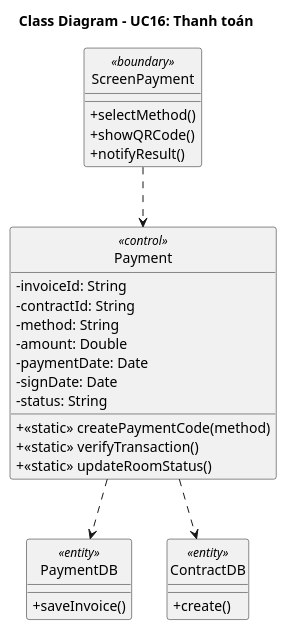
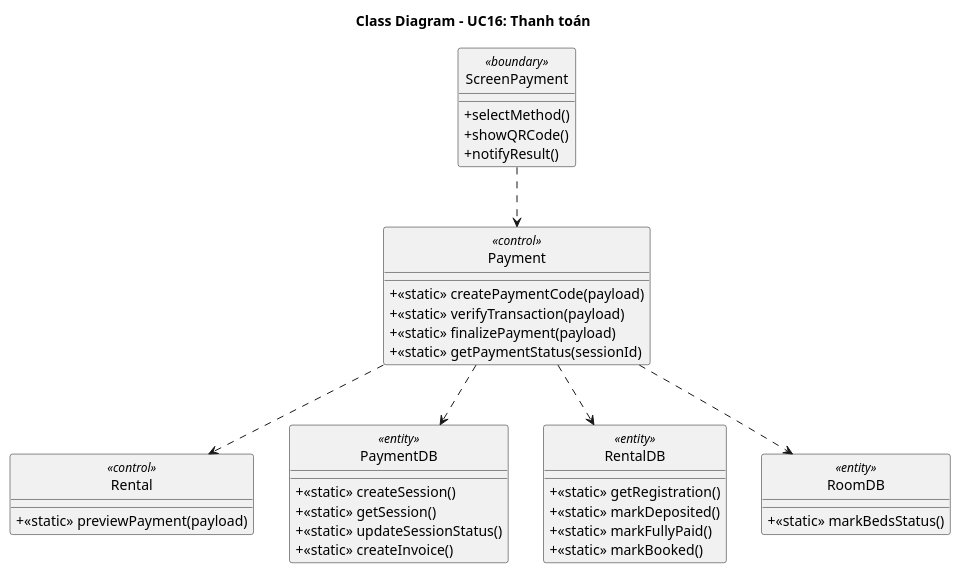
The diagram in doc/system/thanh_toan/ThanhToan_ClassDiagram.wsd (Gnourt812005/HCMUS-Analyze-and-desgin-IS), drawn with PlantUML before and after one commit. The commit also changed 15 other files, not shown here.

Commit message:
bao/code: re-implement rental registration system including database entities, business logic, and UI components

```diff
--- a/doc/system/thanh_toan/ThanhToan_ClassDiagram.wsd
+++ b/doc/system/thanh_toan/ThanhToan_ClassDiagram.wsd
@@ -1,36 +1,47 @@
 @startuml ThanhToan_ClassDiagram
 skinparam classAttributeIconSize 0
 skinparam style strictuml
 title Class Diagram - UC16: Thanh toán
 
 class "ScreenPayment" <<boundary>> {
     + selectMethod()
     + showQRCode()
     + notifyResult()
 }
 
 class "Payment" <<control>> {
-    - invoiceId: String
-    - contractId: String
-    - method: String
-    - amount: Double
-    - paymentDate: Date
-    - signDate: Date
-    - status: String
-    + <<static>> createPaymentCode(method)
-    + <<static>> verifyTransaction()
-    + <<static>> updateRoomStatus()
+    + <<static>> createPaymentCode(payload)
+    + <<static>> verifyTransaction(payload)
+    + <<static>> finalizePayment(payload)
+    + <<static>> getPaymentStatus(sessionId)
+}
+
+class "Rental" <<control>> {
+    + <<static>> previewPayment(payload)
 }
 
 class "PaymentDB" <<entity>> {
-    + saveInvoice()
+    + <<static>> createSession()
+    + <<static>> getSession()
+    + <<static>> updateSessionStatus()
+    + <<static>> createInvoice()
 }
-class "ContractDB" <<entity>> {
-    + create()
+
+class "RentalDB" <<entity>> {
+    + <<static>> getRegistration()
+    + <<static>> markDeposited()
+    + <<static>> markFullyPaid()
+    + <<static>> markBooked()
+}
+
+class "RoomDB" <<entity>> {
+    + <<static>> markBedsStatus()
 }
 
 "ScreenPayment" ..> "Payment"
+"Payment" ..> "Rental"
 "Payment" ..> "PaymentDB"
-"Payment" ..> "ContractDB"
+"Payment" ..> "RentalDB"
+"Payment" ..> "RoomDB"
 
 @enduml
```
